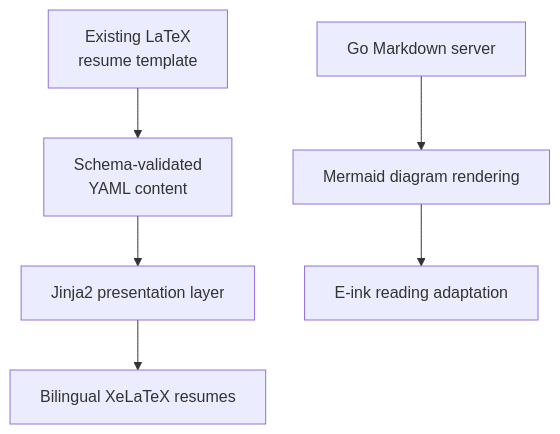
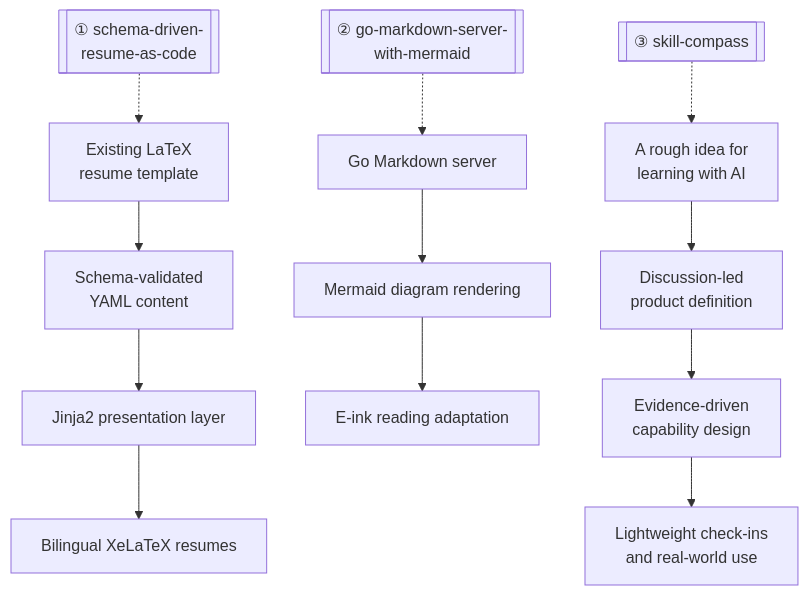
The second of 2 diagrams in README.md (gou7ma7/gou7ma7), drawn with Mermaid before and after one commit. The commit also changed other lines of this file, not shown here.

````diff
--- a/README.md
+++ b/README.md
@@ -52,14 +52,28 @@
 ```mermaid
 flowchart TB
+    R1[["① schema-driven-<br/>resume-as-code"]]
     A["Existing LaTeX <br/> resume template"]
-    B["Schema-validated <br/>  YAML content"]
+    B["Schema-validated <br/> YAML content"]
     C["Jinja2 presentation layer"]
     D["Bilingual XeLaTeX resumes"]
 
+    R2[["② go-markdown-server-<br/>with-mermaid"]]
     E["Go Markdown server"]
     F["Mermaid diagram rendering"]
     G["E-ink reading adaptation"]
 
+    R3[["③ skill-compass"]]
+    H["A rough idea for <br/> learning with AI"]
+    I["Discussion-led <br/> product definition"]
+    J["Evidence-driven <br/> capability design"]
+    K["Lightweight check-ins <br/> and real-world use"]
+
+    R1 -.-> A
     A --> B --> C --> D
+
+    R2 -.-> E
     E --> F --> G
+
+    R3 -.-> H
+    H --> I --> J --> K
 ```
````
